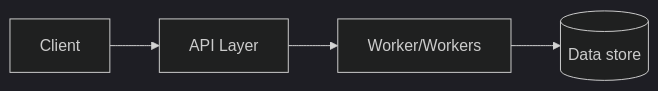
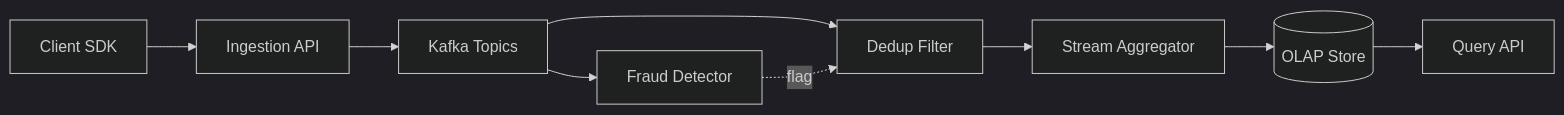
Before and after one commit to huangsam/systology: the diagram in site/content/designs/ad-click-aggregator.md, drawn with Mermaid (dark theme). The commit also changed other lines of this file, not shown here.

Commit message:
Implement ad-click-aggregator.md

```diff
--- a/site/content/designs/ad-click-aggregator.md
+++ b/site/content/designs/ad-click-aggregator.md
@@ -25,6 +23,11 @@
 {{< mermaid >}}
 graph LR
-  Client --> API[API Layer]
-  API --> Worker[Worker/Workers]
-  Worker --> Store[(Data store)]
+  SDK[Client SDK] --> Ingest[Ingestion API]
+  Ingest --> Kafka[Kafka Topics]
+  Kafka --> Dedup[Dedup Filter]
+  Dedup --> Agg[Stream Aggregator]
+  Agg --> OLAP[(OLAP Store)]
+  OLAP --> QueryAPI[Query API]
+  Kafka --> Fraud[Fraud Detector]
+  Fraud -.->|flag| Dedup
 {{< /mermaid >}}
```
